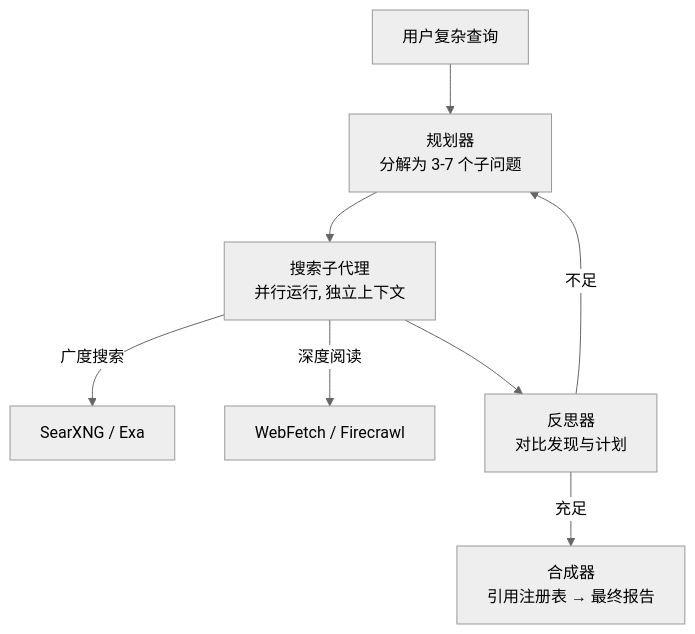
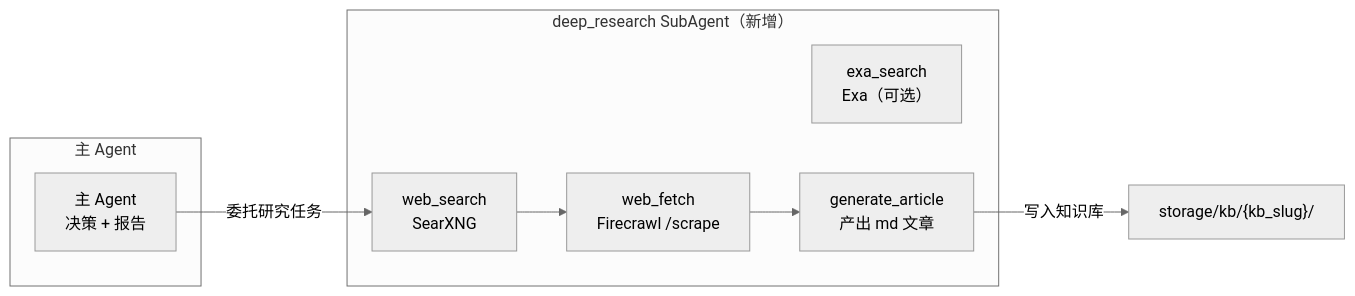
Before and after one commit to int2t05/Cognik: the sixth of 11 diagrams in docs/ROADMAP.md, drawn with Mermaid (neutral theme). The commit also changed other lines of this file and 3 other files, not shown here.

First line of the commit message:
docs: main 文件清理 + ROADMAP V1.4 深度搜索工具链

````diff
--- a/docs/ROADMAP.md
+++ b/docs/ROADMAP.md
@@ -265,10 +295,16 @@
 ```mermaid
-flowchart TD
-    QUERY["用户复杂查询"] --> PL["规划器<br/>分解为 3-7 个子问题"]
-    PL --> SA["搜索子代理<br/>并行运行, 独立上下文"]
-    SA -->|"广度搜索"| SR["SearXNG / Exa"]
-    SA -->|"深度阅读"| WF["WebFetch / Firecrawl"]
-    SA --> RF["反思器<br/>对比发现与计划"]
-    RF -->|"不足"| PL
-    RF -->|"充足"| SY["合成器<br/>引用注册表 → 最终报告"]
+flowchart LR
+    subgraph 主Agent["主 Agent"]
+        MAIN["主 Agent<br/>决策 + 报告"]
+    end
+    subgraph 深度搜索["deep_research SubAgent（新增）"]
+        WS["web_search<br/>SearXNG"]
+        WF["web_fetch<br/>Firecrawl /scrape"]
+        EXA["exa_search<br/>Exa（可选）"]
+        GEN["generate_article<br/>产出 md 文章"]
+    end
+    MAIN -->|"委托研究任务"| WS
+    WS --> WF
+    WF --> GEN
+    GEN -->|"写入知识库"| KB["storage/kb/{kb_slug}/"]
 ```
````
